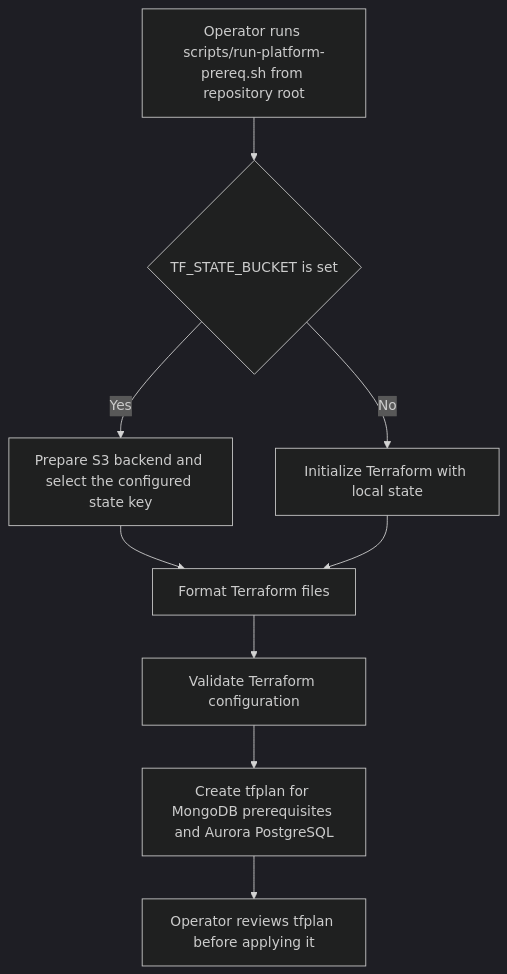
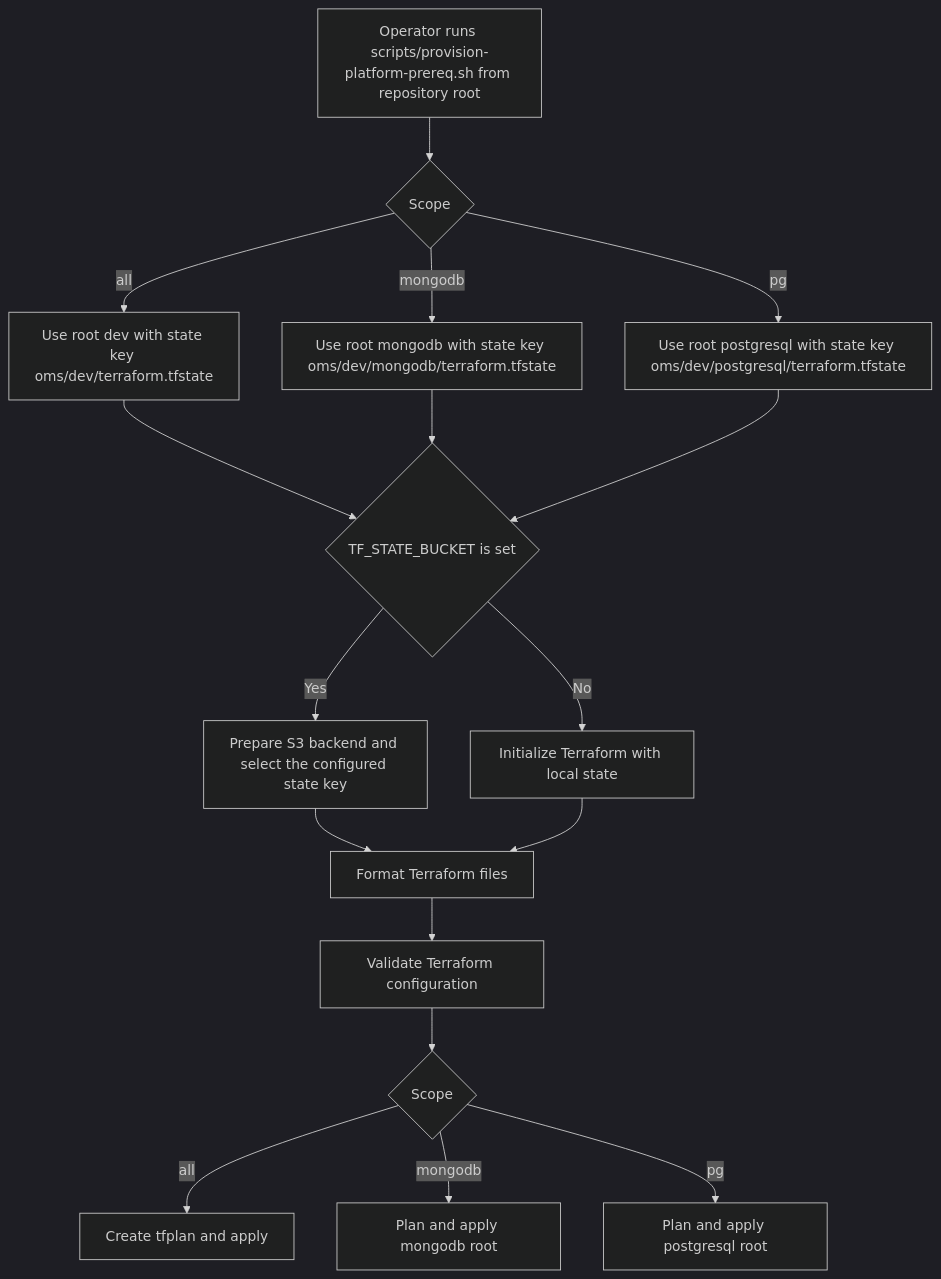
The first of 9 diagrams in platform-prerequisites/terraform/README.md (sml-global/mongodb), drawn with Mermaid (dark theme) before and after one commit. The commit also changed other lines of this file and 34 other files, not shown here.

Commit message:
feat: add scoped provisioning flows and docs cleanup

````diff
--- a/platform-prerequisites/terraform/README.md
+++ b/platform-prerequisites/terraform/README.md
@@ -472,11 +598,19 @@
 ```mermaid
 flowchart TD
-  A[Operator runs scripts/run-platform-prereq.sh from repository root] --> B{TF_STATE_BUCKET is set}
-  B -->|Yes| C[Prepare S3 backend and select the configured state key]
-  B -->|No| D[Initialize Terraform with local state]
-  C --> E[Format Terraform files]
+  A[Operator runs scripts/provision-platform-prereq.sh from repository root] --> B{Scope}
+  B -->|all| B1[Use root dev with state key oms/dev/terraform.tfstate]
+  B -->|mongodb| B2[Use root mongodb with state key oms/dev/mongodb/terraform.tfstate]
+  B -->|pg| B3[Use root postgresql with state key oms/dev/postgresql/terraform.tfstate]
+  B1 --> C{TF_STATE_BUCKET is set}
+  B2 --> C
+  B3 --> C
+  C -->|Yes| C1[Prepare S3 backend and select the configured state key]
+  C -->|No| D[Initialize Terraform with local state]
+  C1 --> E[Format Terraform files]
   D --> E
   E --> F[Validate Terraform configuration]
-  F --> G[Create tfplan for MongoDB prerequisites and Aurora PostgreSQL]
-  G --> H[Operator reviews tfplan before applying it]
+  F --> G{Scope}
+  G -->|all| H[Create tfplan and apply]
+  G -->|mongodb| I[Plan and apply mongodb root]
+  G -->|pg| J[Plan and apply postgresql root]
 ```
````
